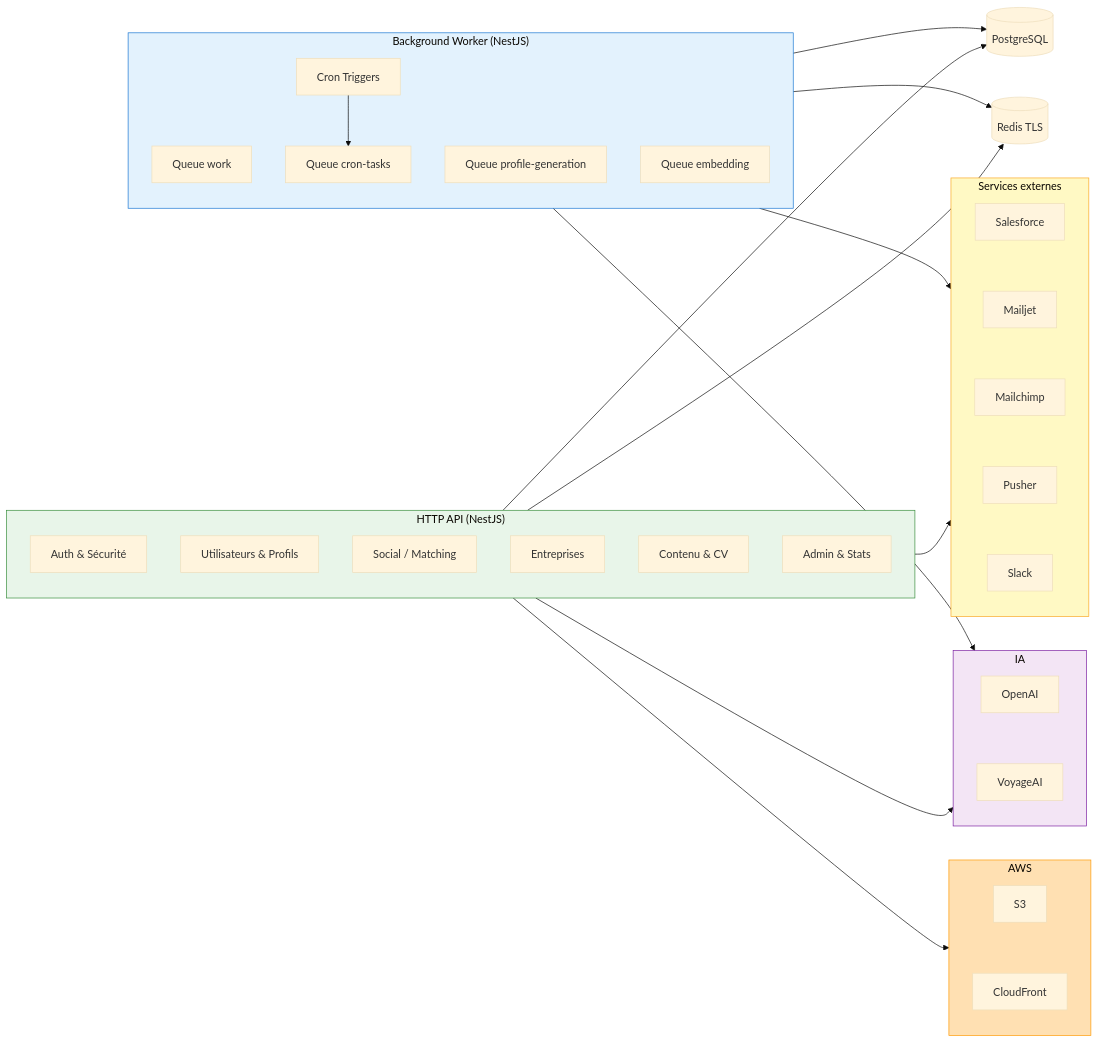
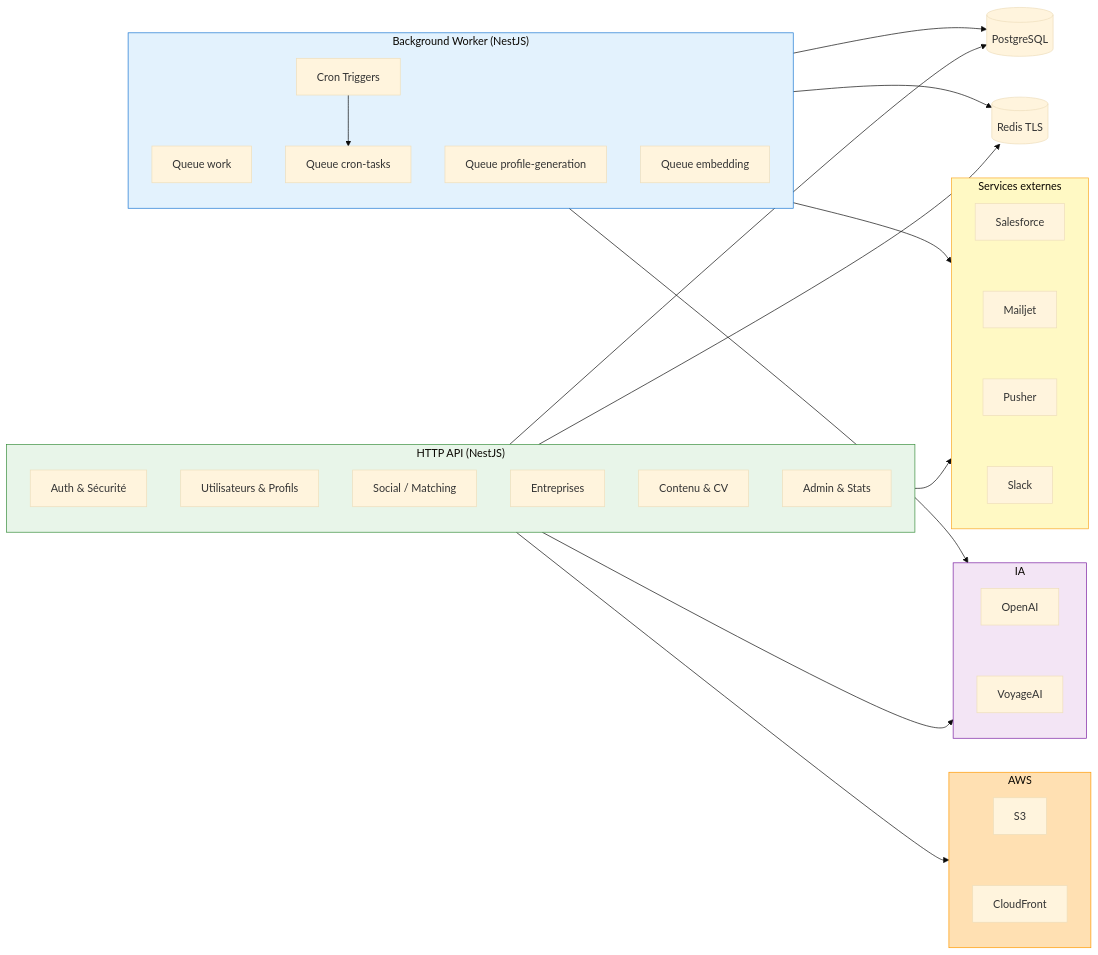
Before and after one commit to ReseauEntourage/entourage-job-back: the first of 2 diagrams in TECH_ARCH.md, drawn with Mermaid (base theme). The commit also changed other lines of this file and 4 other files, not shown here.

````diff
--- a/TECH_ARCH.md
+++ b/TECH_ARCH.md
@@ -9,53 +9,53 @@
 ```mermaid
 graph LR
     subgraph API["HTTP API (NestJS)"]
         direction TB
         AUTH["Auth & Sécurité"]
         USERS["Utilisateurs & Profils"]
         SOCIAL["Social / Matching"]
         COMPANIES["Entreprises"]
         CONTENT["Contenu & CV"]
         ADMIN["Admin & Stats"]
     end
 
     subgraph Worker["Background Worker (NestJS)"]
         direction TB
         WORK_Q["Queue work"]
         PROFGEN_Q["Queue profile-generation"]
         EMBED_Q["Queue embedding"]
         CRON_Q["Queue cron-tasks"]
         CRON_T["Cron Triggers"]
     end
 
     subgraph AWS["AWS"]
         S3 ~~~ CloudFront
     end
 
     subgraph AI["IA"]
         OpenAI ~~~ VoyageAI
     end
 
     subgraph Externes["Services externes"]
-        Salesforce ~~~ Mailjet ~~~ Mailchimp ~~~ Pusher ~~~ Slack
+        Salesforce ~~~ Mailjet ~~~ Pusher ~~~ Slack
     end
 
     DB[(PostgreSQL)]
     REDIS[(Redis TLS)]
 
     API --> DB
     API --> REDIS
     Worker --> DB
     Worker --> REDIS
     API --> AWS
     API --> AI
     API --> Externes
     Worker --> Externes
     Worker --> AI
     CRON_T --> CRON_Q
 
     style API fill:#E8F5E9,stroke:#388E3C
     style Worker fill:#E3F2FD,stroke:#1976D2
     style AWS fill:#FFE0B2,stroke:#FF9900
     style AI fill:#F3E5F5,stroke:#7B1FA2
     style Externes fill:#FFF9C4,stroke:#F9A825
 ```
````
